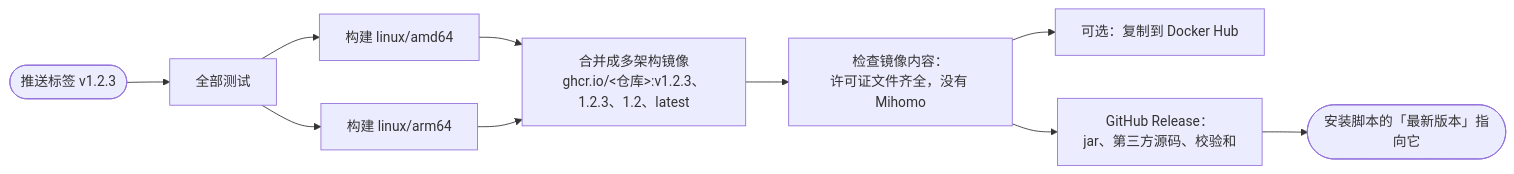
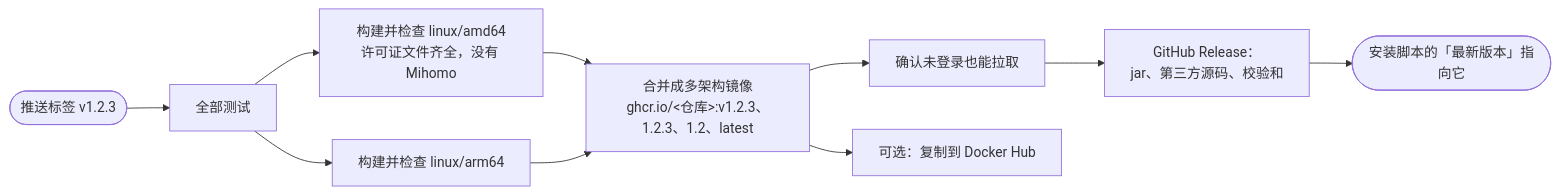
The third of 3 diagrams in docs/DEPLOYMENT.md (StaR4y/starry-api), drawn with Mermaid before and after one commit. The commit also changed other lines of this file and 5 other files, not shown here.

````diff
--- a/docs/DEPLOYMENT.md
+++ b/docs/DEPLOYMENT.md
@@ -268,12 +277,12 @@
 ```mermaid
 flowchart LR
     tag(["推送标签 v1.2.3"]) --> test["全部测试"]
-    test --> amd["构建 linux/amd64"]
-    test --> arm["构建 linux/arm64"]
+    test --> amd["构建并检查 linux/amd64<br/>许可证文件齐全，没有 Mihomo"]
+    test --> arm["构建并检查 linux/arm64"]
     amd --> manifest["合并成多架构镜像<br/>ghcr.io/&lt;仓库&gt;:v1.2.3、1.2.3、1.2、latest"]
     arm --> manifest
-    manifest --> check["检查镜像内容：<br/>许可证文件齐全，没有 Mihomo"]
-    check --> hub["可选：复制到 Docker Hub"]
-    check --> gh["GitHub Release：<br/>jar、第三方源码、校验和"]
+    manifest --> public["确认未登录也能拉取"]
+    manifest --> hub["可选：复制到 Docker Hub"]
+    public --> gh["GitHub Release：<br/>jar、第三方源码、校验和"]
     gh --> installer(["安装脚本的「最新版本」指向它"])
 ```
````
